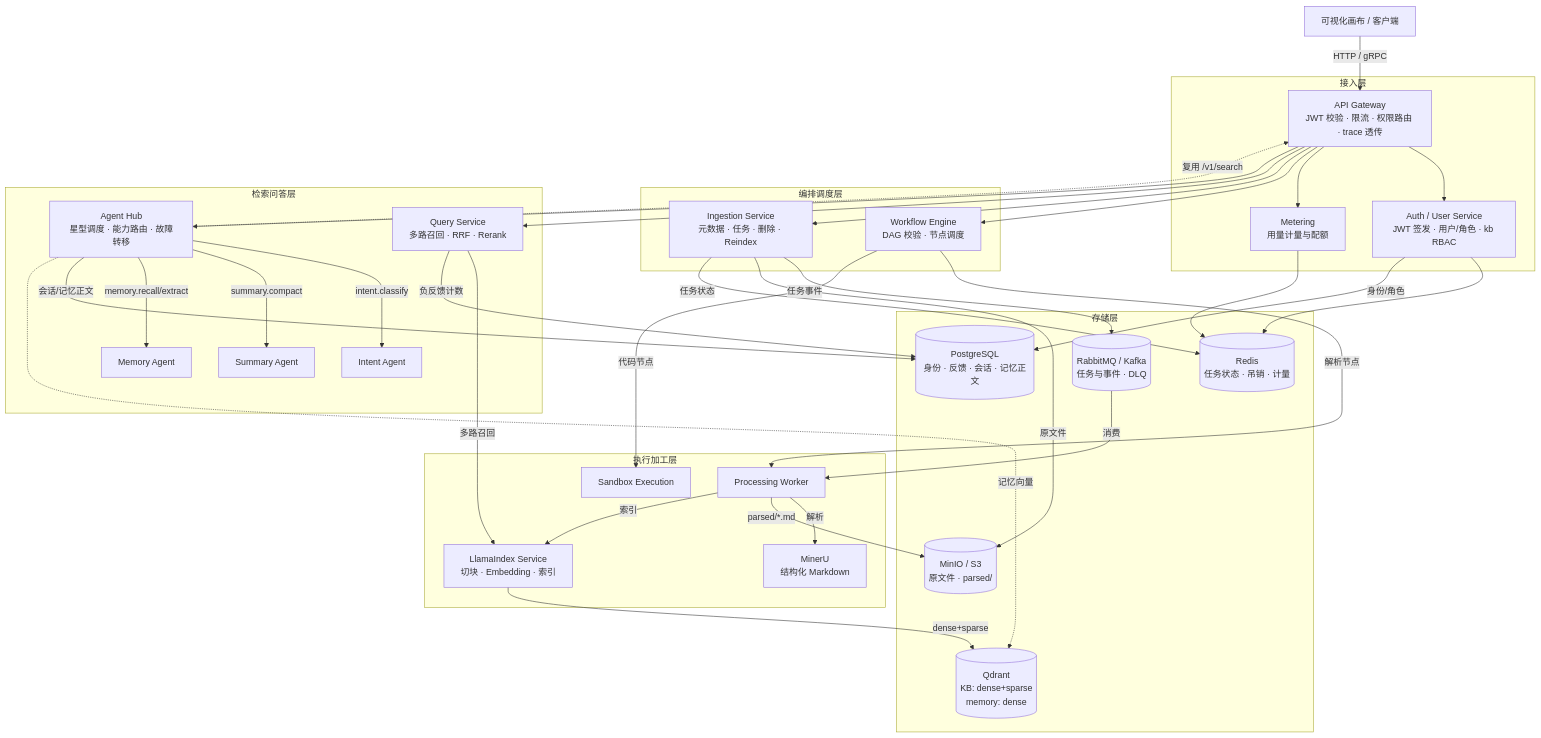
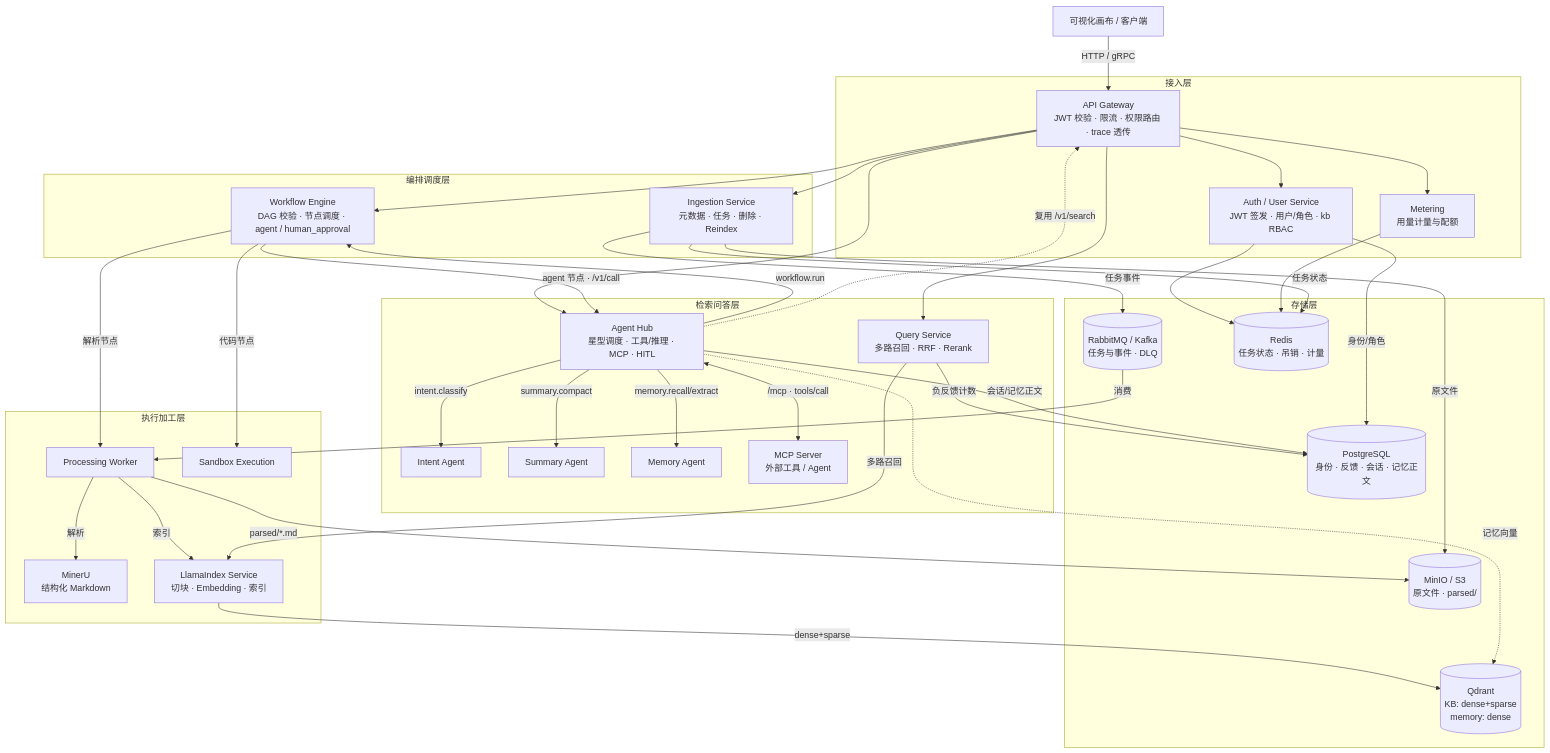
Before and after one commit to miaogan/NexusFlow: the first of 2 diagrams in README.md, drawn with Mermaid. The commit also changed other lines of this file and 56 other files, not shown here.

First line of the commit message:
feat(agents): 打通 Agent Hub 与 Workflow 双向联动并补齐推理/MCP/HITL

````diff
--- a/README.md
+++ b/README.md
@@ -13,65 +13,69 @@
 ```mermaid
 flowchart TB
     subgraph A[接入层]
         GW[API Gateway<br/>JWT 校验 · 限流 · 权限路由 · trace 透传]
         AUTH[Auth / User Service<br/>JWT 签发 · 用户/角色 · kb RBAC]
         MET[Metering<br/>用量计量与配额]
     end
 
     subgraph B[编排调度层]
-        WF[Workflow Engine<br/>DAG 校验 · 节点调度]
+        WF[Workflow Engine<br/>DAG 校验 · 节点调度 · agent / human_approval]
         ING[Ingestion Service<br/>元数据 · 任务 · 删除 · Reindex]
     end
 
     subgraph C[执行加工层]
         PRC[Processing Worker]
         MINERU[MinerU<br/>结构化 Markdown]
         LIDX[LlamaIndex Service<br/>切块 · Embedding · 索引]
         SBX[Sandbox Execution]
     end
 
     subgraph D[检索问答层]
         QS[Query Service<br/>多路召回 · RRF · Rerank]
-        AGH[Agent Hub<br/>星型调度 · 能力路由 · 故障转移]
+        AGH[Agent Hub<br/>星型调度 · 工具/推理 · MCP · HITL]
         INT[Intent Agent]
         SUM[Summary Agent]
         MEM[Memory Agent]
+        EXT[MCP Server<br/>外部工具 / Agent]
     end
 
     subgraph E[存储层]
         MQ[(RabbitMQ / Kafka<br/>任务与事件 · DLQ)]
         OBJ[(MinIO / S3<br/>原文件 · parsed/)]
         VS[(Qdrant<br/>KB: dense+sparse<br/>memory: dense)]
         PG[(PostgreSQL<br/>身份 · 反馈 · 会话 · 记忆正文)]
         RD[(Redis<br/>任务状态 · 吊销 · 计量)]
     end
 
     UI[可视化画布 / 客户端] -->|HTTP / gRPC| GW
     GW --> AUTH
     GW --> MET
     GW --> WF
     GW --> ING
     GW --> QS
     GW --> AGH
     AGH -->|intent.classify| INT
     AGH -->|summary.compact| SUM
     AGH -->|memory.recall/extract| MEM
+    AGH <-->|/mcp · tools/call| EXT
+    WF -->|agent 节点 · /v1/call| AGH
+    AGH -->|workflow.run| WF
     AUTH --> RD
     AUTH -->|身份/角色| PG
     MET --> RD
     WF -->|解析节点| PRC
     WF -->|代码节点| SBX
     ING -->|任务事件| MQ
     ING -->|原文件| OBJ
     ING -->|任务状态| RD
     MQ -->|消费| PRC
     PRC -->|解析| MINERU
     PRC -->|parsed/*.md| OBJ
     PRC -->|索引| LIDX
     LIDX -->|dense+sparse| VS
     QS -->|多路召回| LIDX
     QS -->|负反馈计数| PG
     AGH -. 复用 /v1/search .-> GW
     AGH -->|会话/记忆正文| PG
     AGH -. 记忆向量 .-> VS
 ```
````
